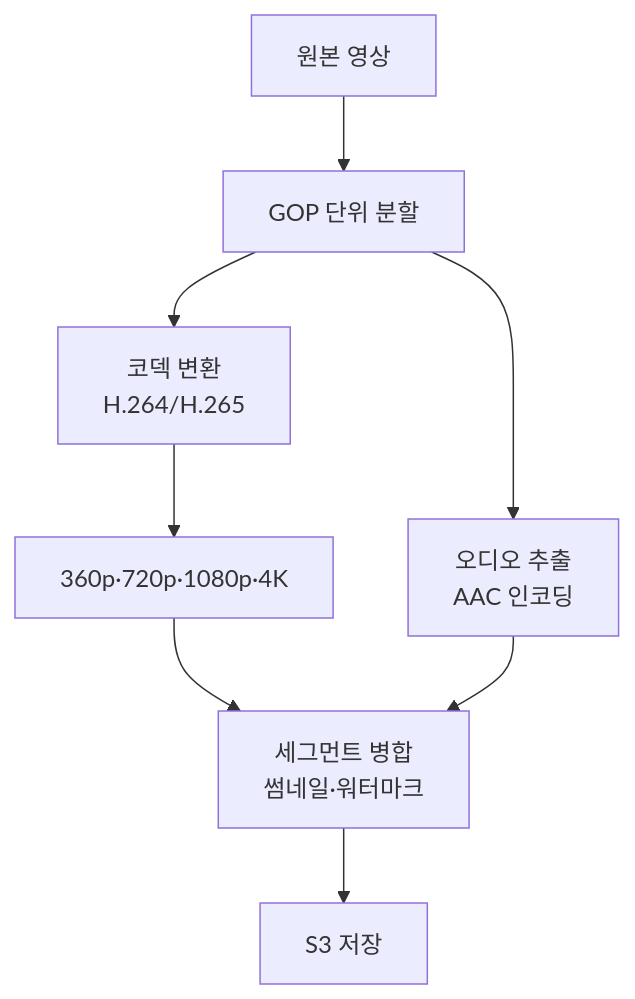
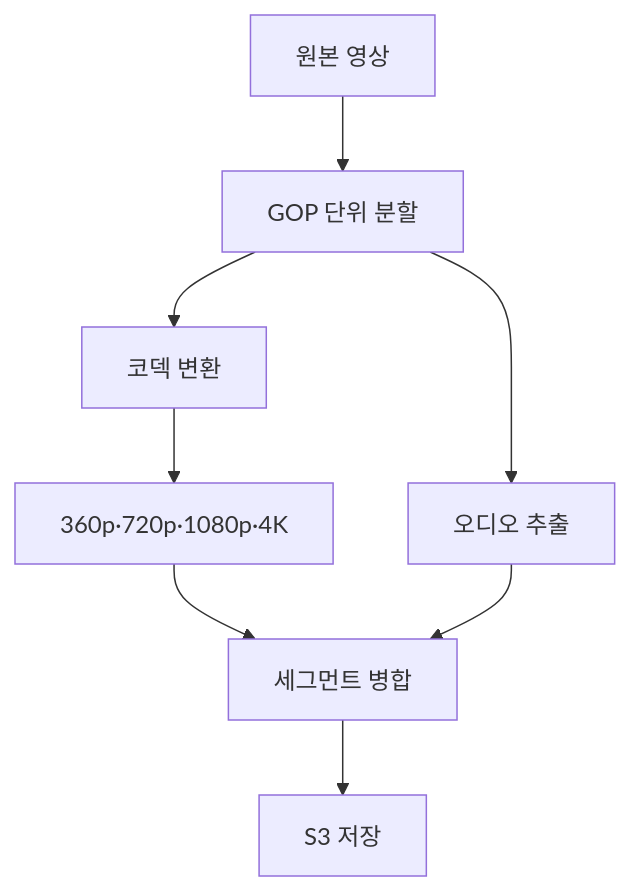
The fourth of 12 diagrams in _posts/systemdesign/2026-05-03-system-design-video-streaming.md (yjkim2015/yjkim2015.github.io), drawn with Mermaid before and after one commit. The commit also changed 217 other files, not shown here.

First line of the commit message:
Mermaid 크기 수정: useMaxWidth:true + SVG max-width:100% + 라벨 축소

````diff
--- a/_posts/systemdesign/2026-05-03-system-design-video-streaming.md
+++ b/_posts/systemdesign/2026-05-03-system-design-video-streaming.md
@@ -180,9 +180,9 @@
 ```mermaid
 flowchart TD
     IN[원본 영상] --> SP["GOP 단위 분할"]
-    SP --> V["코덱 변환\nH.264/H.265"]
-    SP --> AU["오디오 추출\nAAC 인코딩"]
+    SP --> V["코덱 변환"]
+    SP --> AU["오디오 추출"]
     V --> R["360p·720p·1080p·4K"]
-    R & AU --> MX["세그먼트 병합\n썸네일·워터마크"]
+    R & AU --> MX["세그먼트 병합"]
     MX --> OUT["S3 저장"]
 ```
````
